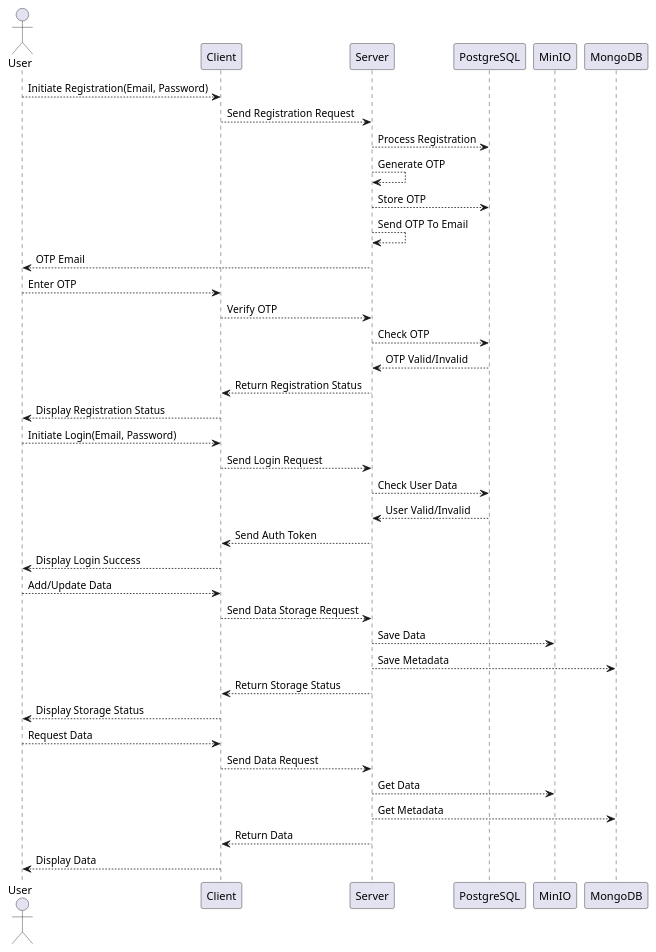
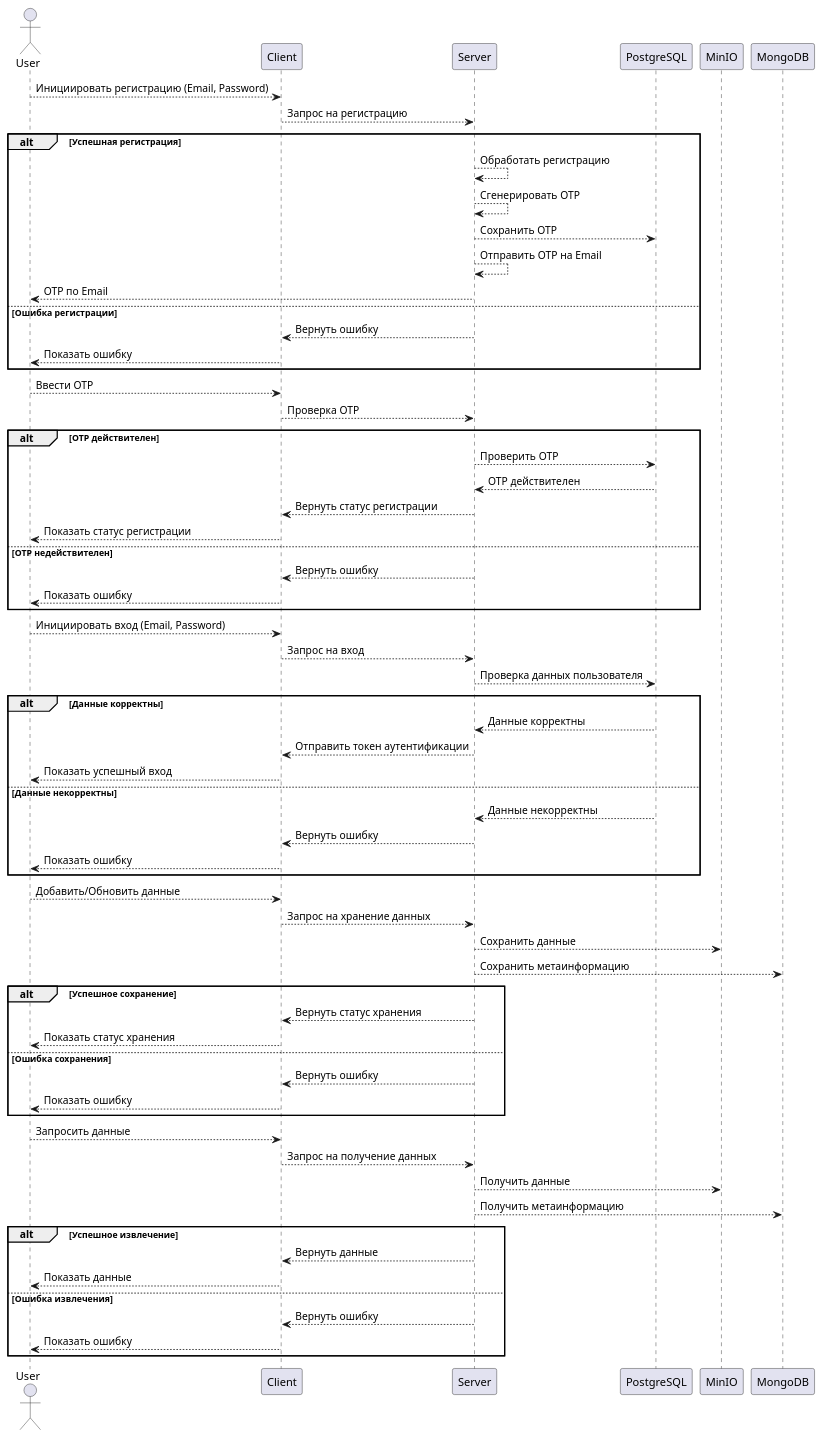
The diagram in docs/src/componentiter.wsd (Arcadian-Sky/datakeeper), drawn with PlantUML before and after one commit. The commit also changed 62 other files, not shown here.

```diff
--- a/docs/src/componentiter.wsd
+++ b/docs/src/componentiter.wsd
@@ -1,40 +1,66 @@
-@startuml Title: Component Interaction Diagram for DataKeeper
+@startuml Component Interaction Diagram for DataKeeper
 
 actor User
 
-User --> Client : Initiate Registration(Email, Password)
-Client --> Server : Send Registration Request
-Server --> PostgreSQL : Process Registration
-Server --> Server : Generate OTP
-Server --> PostgreSQL : Store OTP
-Server --> Server : Send OTP To Email
-Server --> User : OTP Email
+User --> Client : Инициировать регистрацию (Email, Password)
+Client --> Server : Запрос на регистрацию
+alt Успешная регистрация
+    Server --> Server : Обработать регистрацию
+    Server --> Server : Сгенерировать OTP
+    Server --> PostgreSQL : Сохранить OTP
+    Server --> Server : Отправить OTP на Email
+    Server --> User : OTP по Email
+else Ошибка регистрации
+    Server --> Client : Вернуть ошибку
+    Client --> User : Показать ошибку
+end
 
-User --> Client : Enter OTP
-Client --> Server : Verify OTP
-Server --> PostgreSQL : Check OTP
-PostgreSQL --> Server : OTP Valid/Invalid
-Server --> Client : Return Registration Status
-Client --> User : Display Registration Status
+User --> Client : Ввести OTP
+Client --> Server : Проверка OTP
+alt OTP действителен
+    Server --> PostgreSQL : Проверить OTP
+    PostgreSQL --> Server : OTP действителен
+    Server --> Client : Вернуть статус регистрации
+    Client --> User : Показать статус регистрации
+else OTP недействителен
+    Server --> Client : Вернуть ошибку
+    Client --> User : Показать ошибку
+end
 
-User --> Client : Initiate Login(Email, Password)
-Client --> Server : Send Login Request
-Server --> PostgreSQL : Check User Data
-PostgreSQL --> Server : User Valid/Invalid
-Server --> Client : Send Auth Token
-Client --> User : Display Login Success
+User --> Client : Инициировать вход (Email, Password)
+Client --> Server : Запрос на вход
+Server --> PostgreSQL : Проверка данных пользователя
+alt Данные корректны
+    PostgreSQL --> Server : Данные корректны
+    Server --> Client : Отправить токен аутентификации
+    Client --> User : Показать успешный вход
+else Данные некорректны
+    PostgreSQL --> Server : Данные некорректны
+    Server --> Client : Вернуть ошибку
+    Client --> User : Показать ошибку
+end
 
-User --> Client : Add/Update Data
-Client --> Server : Send Data Storage Request
-Server --> MinIO : Save Data
-Server --> MongoDB : Save Metadata
-Server --> Client : Return Storage Status
-Client --> User : Display Storage Status
+User --> Client : Добавить/Обновить данные
+Client --> Server : Запрос на хранение данных
+Server --> MinIO : Сохранить данные
+Server --> MongoDB : Сохранить метаинформацию
+alt Успешное сохранение
+    Server --> Client : Вернуть статус хранения
+    Client --> User : Показать статус хранения
+else Ошибка сохранения
+    Server --> Client : Вернуть ошибку
+    Client --> User : Показать ошибку
+end
 
-User --> Client : Request Data
-Client --> Server : Send Data Request
-Server --> MinIO : Get Data
-Server --> MongoDB : Get Metadata
-Server --> Client : Return Data
-Client --> User : Display Data
+User --> Client : Запросить данные
+Client --> Server : Запрос на получение данных
+Server --> MinIO : Получить данные
+Server --> MongoDB : Получить метаинформацию
+alt Успешное извлечение
+    Server --> Client : Вернуть данные
+    Client --> User : Показать данные
+else Ошибка извлечения
+    Server --> Client : Вернуть ошибку
+    Client --> User : Показать ошибку
+end
 @enduml
```
